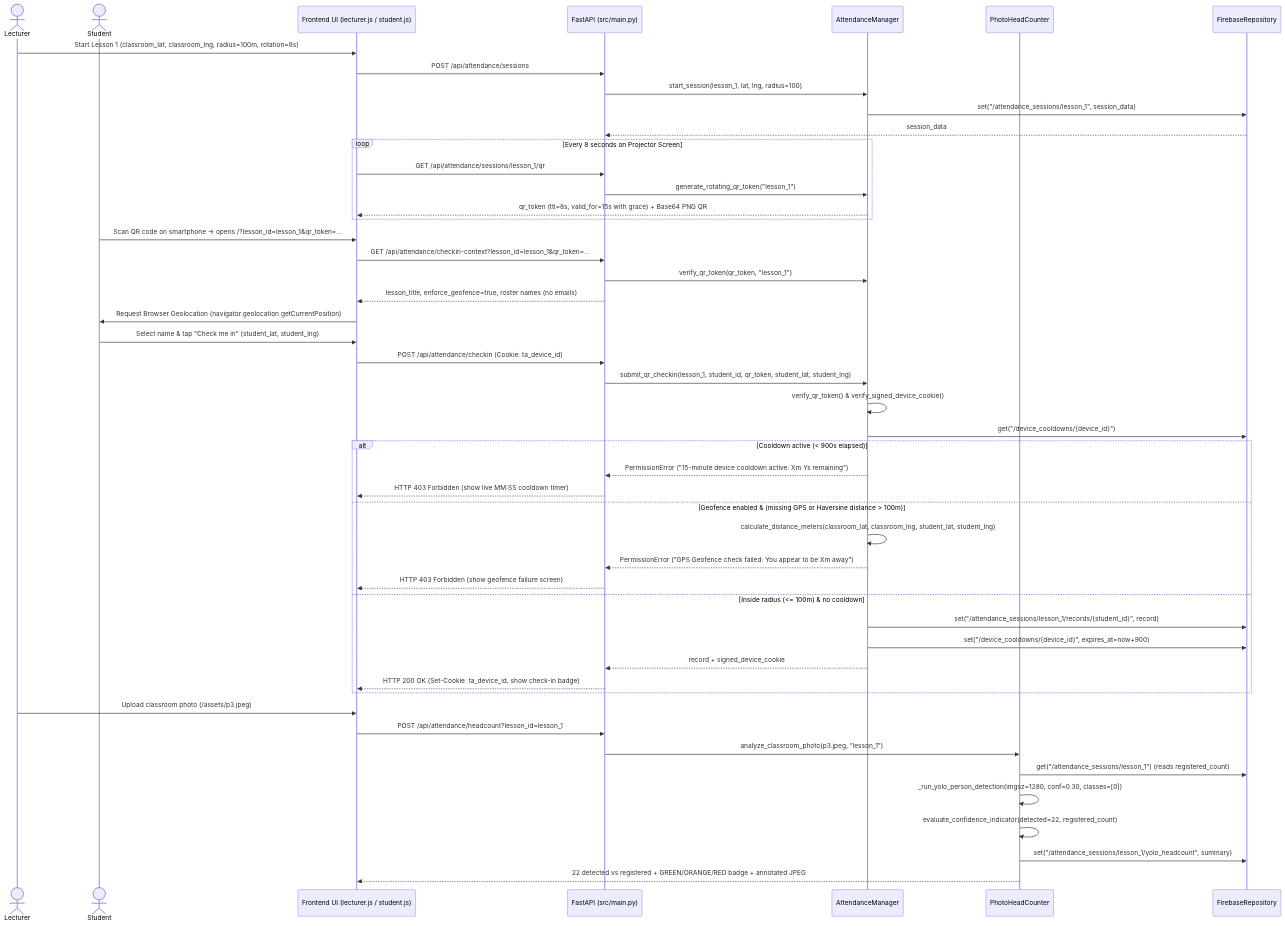
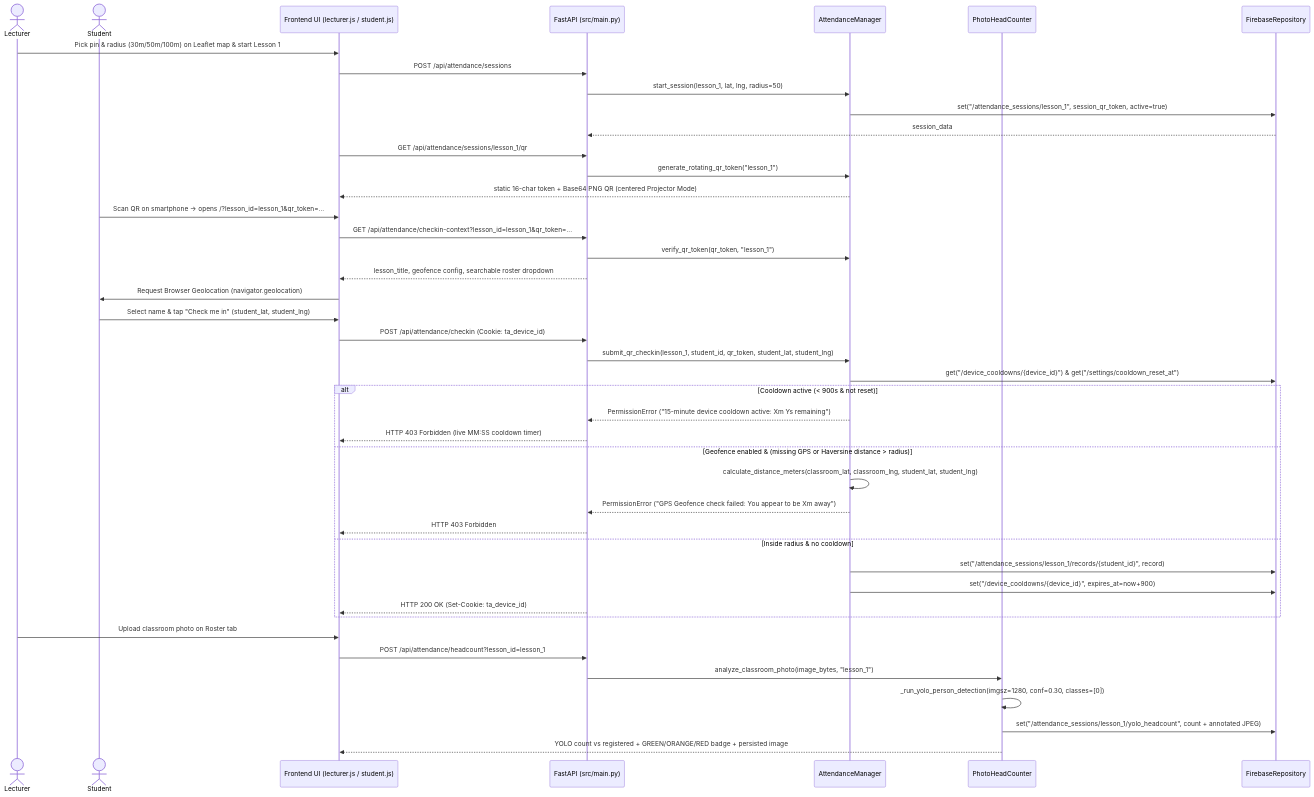
The third of 6 diagrams in docs/05_architecture_and_diagrams.md (IlayOr-Chen/AI-Teaching-Assistant-Web), drawn with Mermaid before and after one commit. The commit also changed other lines of this file and 7 other files, not shown here.

Commit message:
docs: synchronize README.md and all docs/01-07 deliverables to final implementation with verified diagrams and portable links (Refs #15)

````diff
--- a/docs/05_architecture_and_diagrams.md
+++ b/docs/05_architecture_and_diagrams.md
@@ -308,55 +315,48 @@
 ```mermaid
 sequenceDiagram
     actor Lecturer
     actor Student
     participant UI as Frontend UI (lecturer.js / student.js)
     participant API as FastAPI (src/main.py)
     participant Att as AttendanceManager
     participant Yolo as PhotoHeadCounter
     participant DB as FirebaseRepository
 
-    Lecturer->>UI: Start Lesson 1 (classroom_lat, classroom_lng, radius=100m, rotation=8s)
+    Lecturer->>UI: Pick pin & radius (30m/50m/100m) on Leaflet map & start Lesson 1
     UI->>API: POST /api/attendance/sessions
-    API->>Att: start_session(lesson_1, lat, lng, radius=100)
-    Att->>DB: set("/attendance_sessions/lesson_1", session_data)
+    API->>Att: start_session(lesson_1, lat, lng, radius=50)
+    Att->>DB: set("/attendance_sessions/lesson_1", session_qr_token, active=true)
     DB-->>API: session_data
+    UI->>API: GET /api/attendance/sessions/lesson_1/qr
+    API->>Att: generate_rotating_qr_token("lesson_1")
+    Att-->>UI: static 16-char token + Base64 PNG QR (centered Projector Mode)
 
-    loop Every 8 seconds on Projector Screen
-        UI->>API: GET /api/attendance/sessions/lesson_1/qr
-        API->>Att: generate_rotating_qr_token("lesson_1")
-        Att-->>UI: qr_token (ttl=8s, valid_for=15s with grace) + Base64 PNG QR
-    end
-
-    Student->>UI: Scan QR code on smartphone -> opens /?lesson_id=lesson_1&qr_token=...
+    Student->>UI: Scan QR on smartphone -> opens /?lesson_id=lesson_1&qr_token=...
     UI->>API: GET /api/attendance/checkin-context?lesson_id=lesson_1&qr_token=...
     API->>Att: verify_qr_token(qr_token, "lesson_1")
-    API-->>UI: lesson_title, enforce_geofence=true, roster names (no emails)
-    UI->>Student: Request Browser Geolocation (navigator.geolocation.getCurrentPosition)
+    API-->>UI: lesson_title, geofence config, searchable roster dropdown
+    UI->>Student: Request Browser Geolocation (navigator.geolocation)
     Student->>UI: Select name & tap "Check me in" (student_lat, student_lng)
     UI->>API: POST /api/attendance/checkin (Cookie: ta_device_id)
     API->>Att: submit_qr_checkin(lesson_1, student_id, qr_token, student_lat, student_lng)
-    Att->>Att: verify_qr_token() & verify_signed_device_cookie()
-    Att->>DB: get("/device_cooldowns/{device_id}")
-    alt Cooldown active (< 900s elapsed)
+    Att->>DB: get("/device_cooldowns/{device_id}") & get("/settings/cooldown_reset_at")
+    alt Cooldown active (< 900s & not reset)
         Att-->>API: PermissionError ("15-minute device cooldown active: Xm Ys remaining")
-        API-->>UI: HTTP 403 Forbidden (show live MM:SS cooldown timer)
-    else Geofence enabled & (missing GPS or Haversine distance > 100m)
+        API-->>UI: HTTP 403 Forbidden (live MM:SS cooldown timer)
+    else Geofence enabled & (missing GPS or Haversine distance > radius)
         Att->>Att: calculate_distance_meters(classroom_lat, classroom_lng, student_lat, student_lng)
         Att-->>API: PermissionError ("GPS Geofence check failed: You appear to be Xm away")
-        API-->>UI: HTTP 403 Forbidden (show geofence failure screen)
-    else Inside radius (<= 100m) & no cooldown
+        API-->>UI: HTTP 403 Forbidden
+    else Inside radius & no cooldown
         Att->>DB: set("/attendance_sessions/lesson_1/records/{student_id}", record)
         Att->>DB: set("/device_cooldowns/{device_id}", expires_at=now+900)
-        Att-->>API: record + signed_device_cookie
-        API-->>UI: HTTP 200 OK (Set-Cookie: ta_device_id, show check-in badge)
+        API-->>UI: HTTP 200 OK (Set-Cookie: ta_device_id)
     end
 
-    Lecturer->>UI: Upload classroom photo (/assets/p3.jpeg)
+    Lecturer->>UI: Upload classroom photo on Roster tab
     UI->>API: POST /api/attendance/headcount?lesson_id=lesson_1
-    API->>Yolo: analyze_classroom_photo(p3.jpeg, "lesson_1")
-    Yolo->>DB: get("/attendance_sessions/lesson_1") (reads registered_count)
+    API->>Yolo: analyze_classroom_photo(image_bytes, "lesson_1")
     Yolo->>Yolo: _run_yolo_person_detection(imgsz=1280, conf=0.30, classes=[0])
-    Yolo->>Yolo: evaluate_confidence_indicator(detected=22, registered_count)
-    Yolo->>DB: set("/attendance_sessions/lesson_1/yolo_headcount", summary)
-    Yolo-->>UI: 22 detected vs registered + GREEN/ORANGE/RED badge + annotated JPEG
+    Yolo->>DB: set("/attendance_sessions/lesson_1/yolo_headcount", count + annotated JPEG)
+    Yolo-->>UI: YOLO count vs registered + GREEN/ORANGE/RED badge + persisted image
 ```
````
